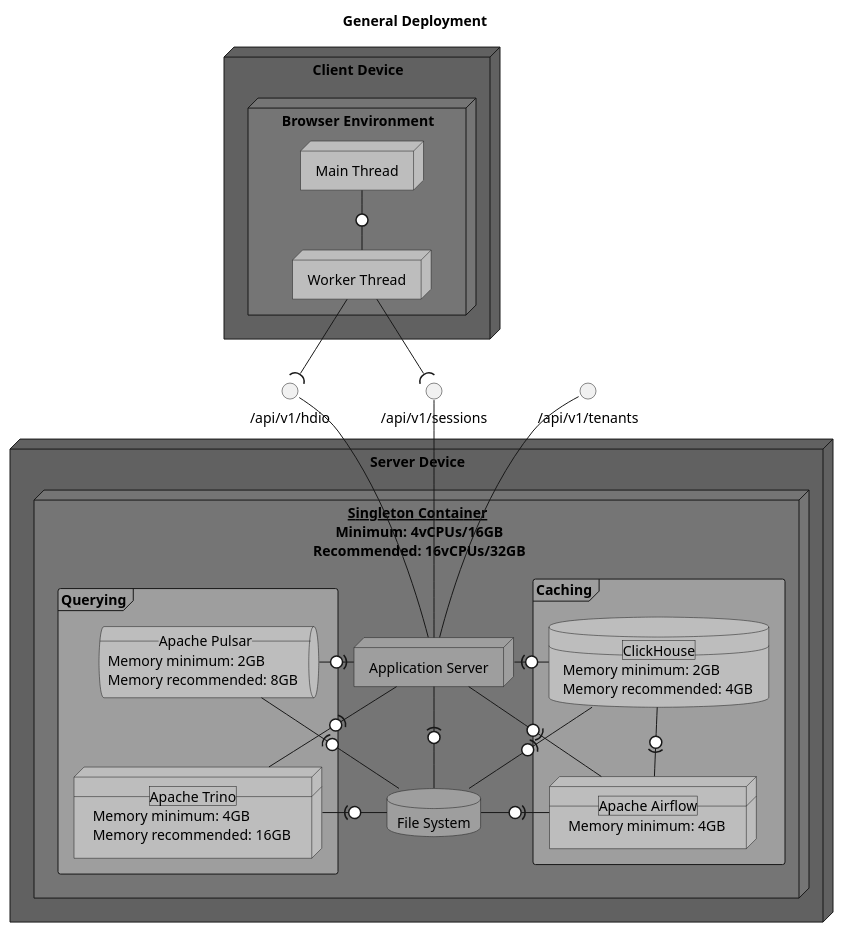
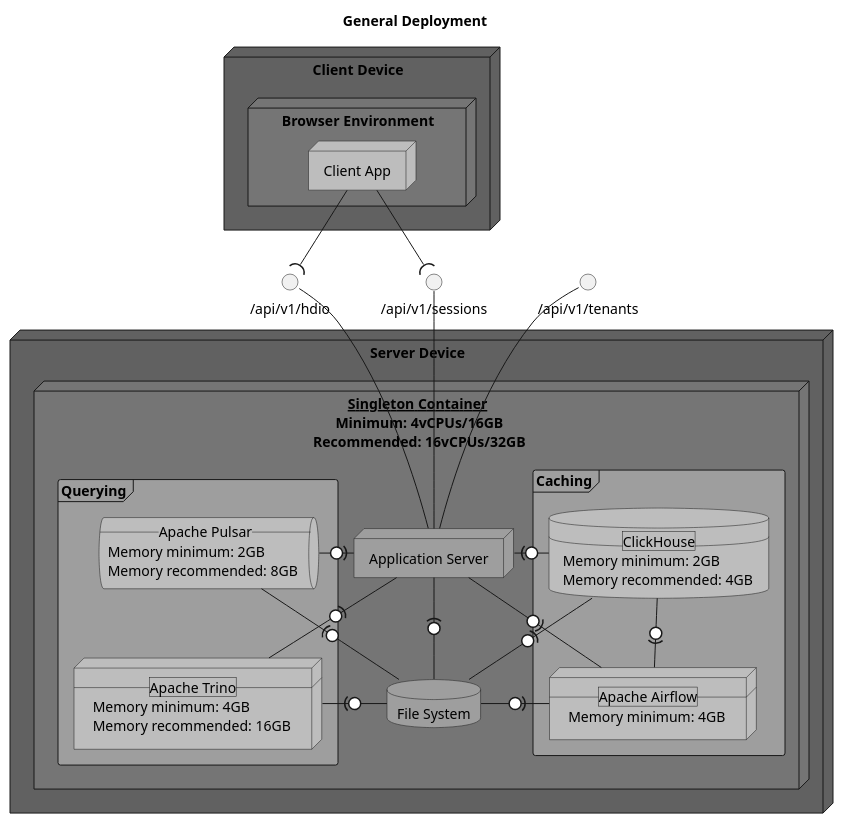
Before and after one commit to hdml-github/hdml-github.github.io: the first of 7 diagrams in puml/general.puml, drawn with PlantUML. The commit also changed other lines of this file and 10 other files, not shown here.

```diff
--- a/puml/general.puml
+++ b/puml/general.puml
@@ -1,54 +1,51 @@
 @startuml deployment
   title General Deployment
 
   node "Client Device" as Client_Device #616161 {
     node "Browser Environment" as Browser_Environment #757575 {
-      node "Main Thread" as Main_Thread #bdbdbd
-      node "Worker Thread" as Worker_Thread #bdbdbd
-
-      Main_Thread -0- Worker_Thread
+      node "Client App" as Client_App [[./client.svg]] #bdbdbd
     }
   }
 
   node "Server Device" as Server_Device #616161 {
     node "__Singleton Container__\n Minimum: 4vCPUs/16GB\n Recommended: 16vCPUs/32GB" as Singleton_Container #757575 {
       node "Application Server" as Application_Server [[./application.svg]] #9e9e9e
 
       frame "Querying" as Querying #9e9e9e {
         queue "__Apache Pulsar__\n Memory minimum: 2GB\n Memory recommended: 8GB" as Apache_Pulsar #bdbdbd
         Apache_Pulsar -ri0)- Application_Server
 
         node "__Apache Trino__\n Memory minimum: 4GB\n Memory recommended: 16GB" as Apache_Trino #bdbdbd
         Apache_Pulsar -[hidden]- Apache_Trino
         Application_Server -(0- Apache_Trino
       }
 
       frame "Caching" as Caching #9e9e9e {
         node "__Apache Airflow__\n Memory minimum: 4GB" as Apache_Airflow #bdbdbd
         Application_Server -0)- Apache_Airflow
 
         database "__ClickHouse__\n Memory minimum: 2GB\n Memory recommended: 4GB" as ClickHouse #bdbdbd
         ClickHouse -0)- Apache_Airflow
         Application_Server -ri(0- ClickHouse
       }
 
       database "File System" as File_System [[./fs.svg]] #9e9e9e
       Apache_Pulsar -(0- File_System
       Apache_Trino -ri(0- File_System
       Application_Server -(0- File_System
       ClickHouse -(0- File_System
       Apache_Airflow -le(0- File_System
     }
   }
 
   interface "/api/v1/hdio" as Public_REST_API
-  Worker_Thread --( Public_REST_API
+  Client_App --( Public_REST_API
   Public_REST_API -- Application_Server
 
   interface "/api/v1/sessions" as Sessions_REST_API
-  Worker_Thread --( Sessions_REST_API
+  Client_App --( Sessions_REST_API
   Sessions_REST_API -- Application_Server
 
   interface "/api/v1/tenants" as Tenants_REST_API
   Tenants_REST_API -- Application_Server
 @enduml
```
